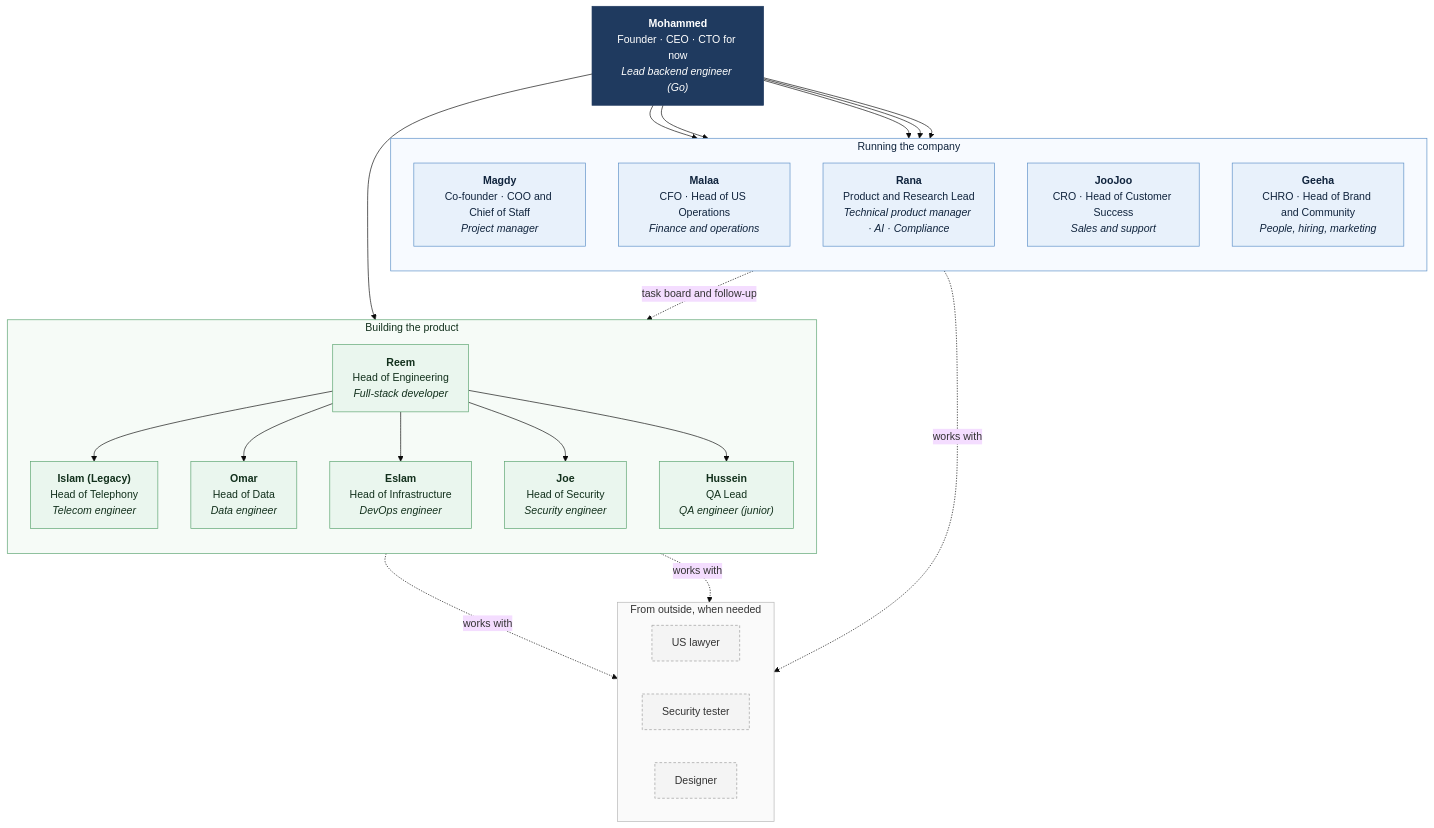
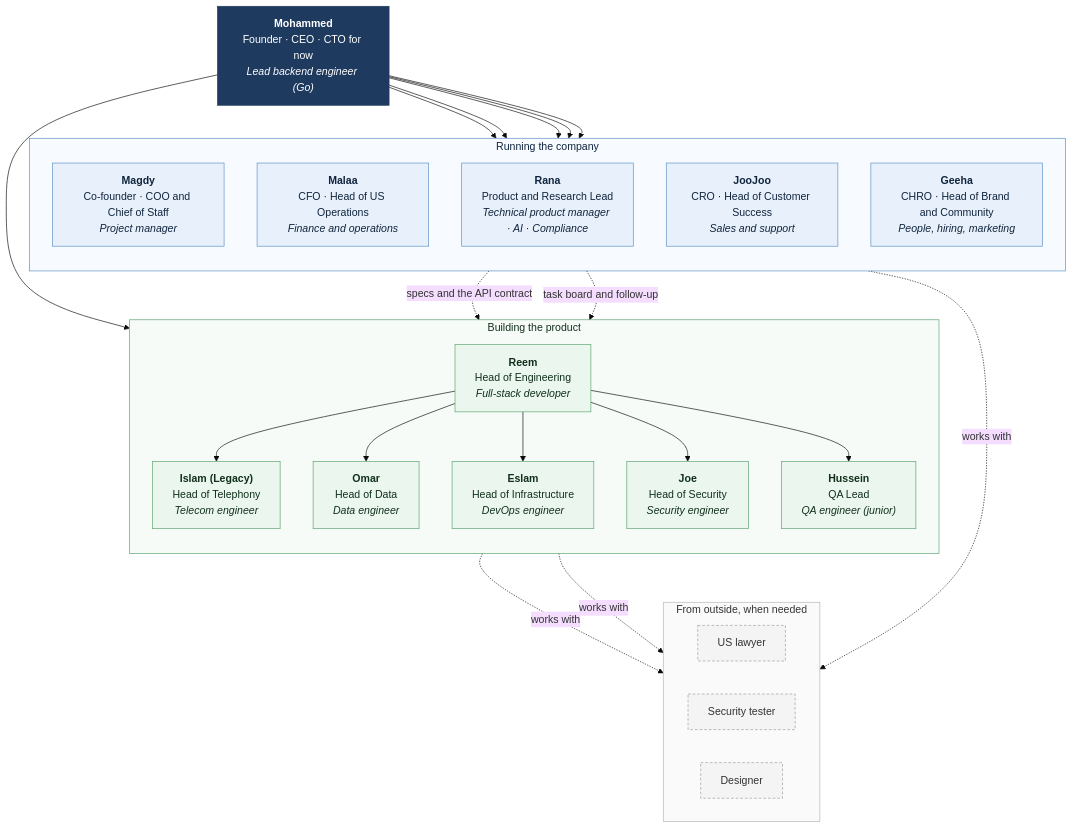
The first of 4 diagrams in docs/team/README.md (Mohammed-HeshamMohammed/Turf), drawn with Mermaid (base theme) before and after one commit. The commit also changed other lines of this file, not shown here.

First line of the commit message:
Team: diagrams that match the tables

````diff
--- a/docs/team/README.md
+++ b/docs/team/README.md
@@ -12,51 +12,52 @@
 ```mermaid
 flowchart TB
     CEO["<b>Mohammed</b><br/>Founder · CEO · CTO for now<br/><i>Lead backend engineer (Go)</i>"]
 
     subgraph COMPANY["Running the company"]
         direction TB
         COO["<b>Magdy</b><br/>Co-founder · COO and Chief of Staff<br/><i>Project manager</i>"]
         CFO["<b>Malaa</b><br/>CFO · Head of US Operations<br/><i>Finance and operations</i>"]
         CPO["<b>Rana</b><br/>Product and Research Lead<br/><i>Technical product manager · AI · Compliance</i>"]
         CRO["<b>JooJoo</b><br/>CRO · Head of Customer Success<br/><i>Sales and support</i>"]
         CHRO["<b>Geeha</b><br/>CHRO · Head of Brand and Community<br/><i>People, hiring, marketing</i>"]
     end
 
     subgraph BUILD["Building the product"]
         direction TB
         ENG["<b>Reem</b><br/>Head of Engineering<br/><i>Full-stack developer</i>"]
         TEL["<b>Islam (Legacy)</b><br/>Head of Telephony<br/><i>Telecom engineer</i>"]
         DATA["<b>Omar</b><br/>Head of Data<br/><i>Data engineer</i>"]
         OPS["<b>Eslam</b><br/>Head of Infrastructure<br/><i>DevOps engineer</i>"]
         SEC["<b>Joe</b><br/>Head of Security<br/><i>Security engineer</i>"]
         QA["<b>Hussein</b><br/>QA Lead<br/><i>QA engineer (junior)</i>"]
     end
 
     subgraph OUTSIDE["From outside, when needed"]
         direction LR
         LAW["US lawyer"]
         PEN["Security tester"]
         DES["Designer"]
     end
 
     CEO --> COO & CFO & CPO & CRO & CHRO
     CEO --> ENG
     ENG --> TEL & DATA & OPS & SEC & QA
 
     COO -. "task board and follow-up" .-> BUILD
+    CPO -. "specs and the API contract" .-> ENG
     CPO -. "works with" .-> LAW
     SEC -. "works with" .-> PEN
     ENG -. "works with" .-> DES
 
     classDef top fill:#1f3a5f,stroke:#1f3a5f,color:#ffffff
     classDef company fill:#e8f1fb,stroke:#5b8fc7,color:#10243d
     classDef build fill:#eaf6ee,stroke:#5aa36f,color:#12301c
     classDef outside fill:#f4f4f4,stroke:#9a9a9a,color:#333333,stroke-dasharray:4 3
     class CEO top
     class COO,CFO,CPO,CRO,CHRO company
     class ENG,TEL,DATA,OPS,SEC,QA build
     class LAW,PEN,DES outside
     style COMPANY fill:#f7faff,stroke:#5b8fc7,color:#10243d
     style BUILD fill:#f6fbf7,stroke:#5aa36f,color:#12301c
     style OUTSIDE fill:#fafafa,stroke:#b5b5b5,color:#333333
 ```
````
